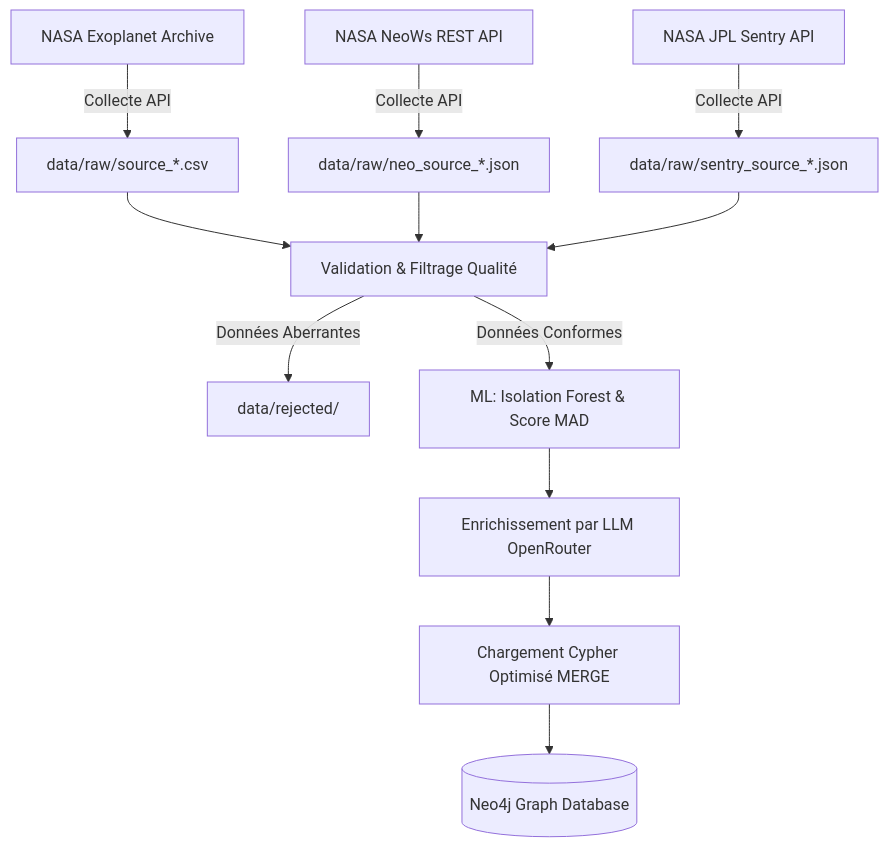
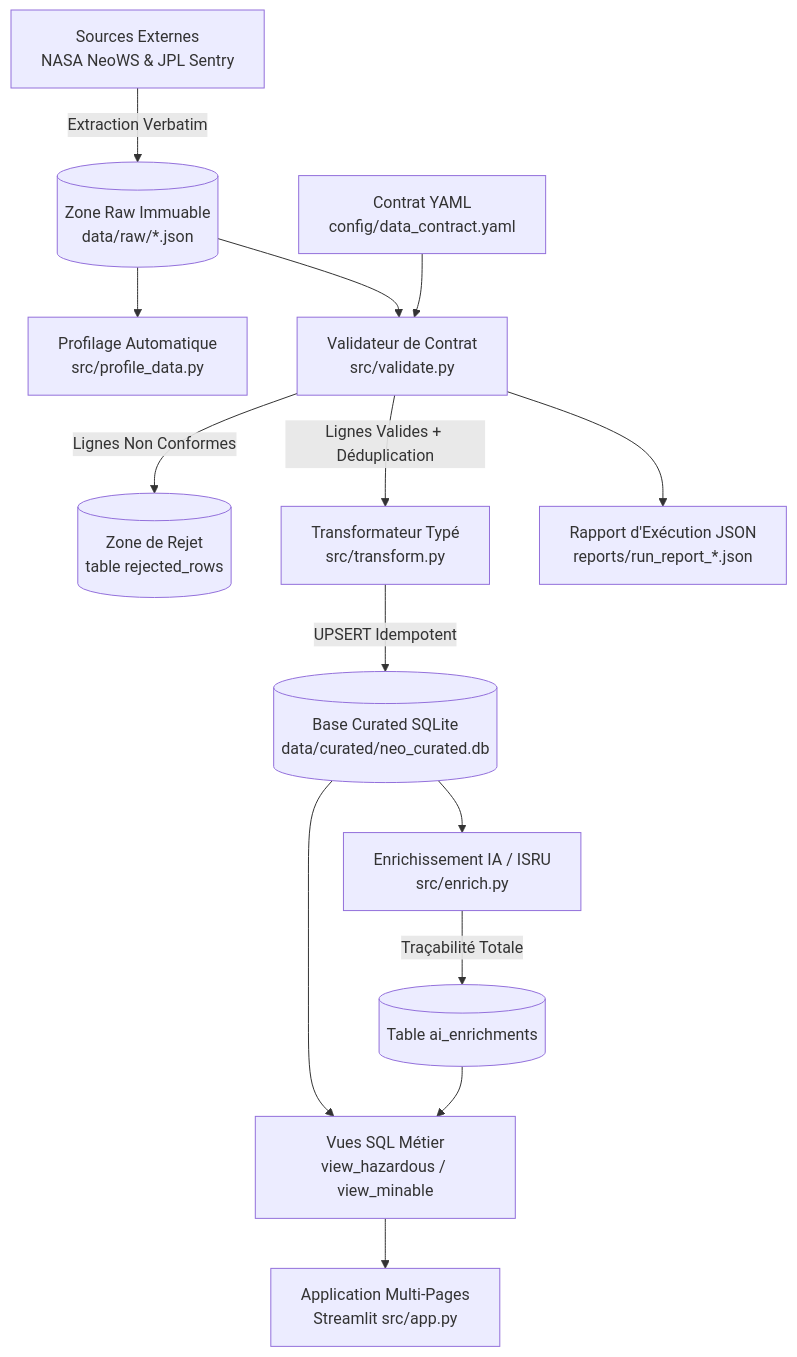
The diagram in README.md (kratos45/exowatch), drawn with Mermaid before and after one commit. The commit also changed other lines of this file and 35 other files, not shown here.

Commit message:
feat(exowatch-v3): complete overhaul according to ESEO pedagogical specs (SQLite, batch pipeline, data contract, idempotence, AI isolation, Streamlit multi-pages, tests)

````diff
--- a/README.md
+++ b/README.md
@@ -34,17 +18,16 @@
 ```mermaid
 graph TD
-    A[NASA Exoplanet Archive] -->|Collecte API| RAW_EXO[data/raw/source_*.csv]
-    B[NASA NeoWs REST API] -->|Collecte API| RAW_NEO[data/raw/neo_source_*.json]
-    C[NASA JPL Sentry API] -->|Collecte API| RAW_SEN[data/raw/sentry_source_*.json]
-    
-    RAW_EXO --> VAL[Validation & Filtrage Qualité]
-    RAW_NEO --> VAL
-    RAW_SEN --> VAL
-    
-    VAL -->|Données Aberrantes| REJ[data/rejected/]
-    VAL -->|Données Conformes| ML[ML: Isolation Forest & Score MAD]
-    
-    ML --> AUG[Enrichissement par LLM OpenRouter]
-    AUG --> LOAD[Chargement Cypher Optimisé MERGE]
-    LOAD --> NEO4J[(Neo4j Graph Database)]
+    A[Sources Externes<br/>NASA NeoWS & JPL Sentry] -->|Extraction Verbatim| B[(Zone Raw Immuable<br/>data/raw/*.json)]
+    B --> C[Profilage Automatique<br/>src/profile_data.py]
+    B --> D[Validateur de Contrat<br/>src/validate.py]
+    E[Contrat YAML<br/>config/data_contract.yaml] --> D
+    D -->|Lignes Non Conformes| F[(Zone de Rejet<br/>table rejected_rows)]
+    D -->|Lignes Valides + Déduplication| G[Transformateur Typé<br/>src/transform.py]
+    G -->|UPSERT Idempotent| H[(Base Curated SQLite<br/>data/curated/neo_curated.db)]
+    H --> I[Enrichissement IA / ISRU<br/>src/enrich.py]
+    I -->|Traçabilité Totale| J[(Table ai_enrichments)]
+    H --> K[Vues SQL Métier<br/>view_hazardous / view_minable]
+    J --> K
+    K --> L[Application Multi-Pages<br/>Streamlit src/app.py]
+    D --> M[Rapport d'Exécution JSON<br/>reports/run_report_*.json]
 ```
````
